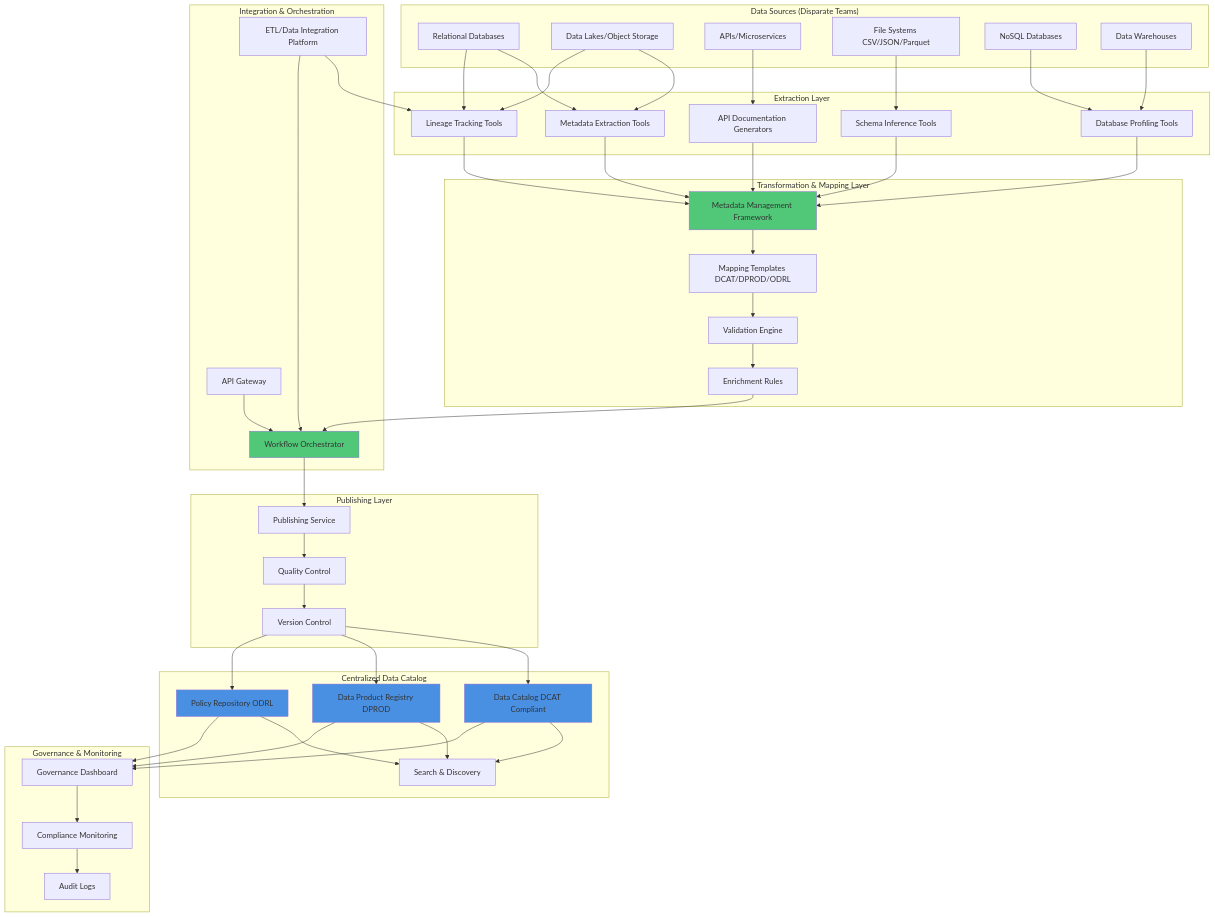
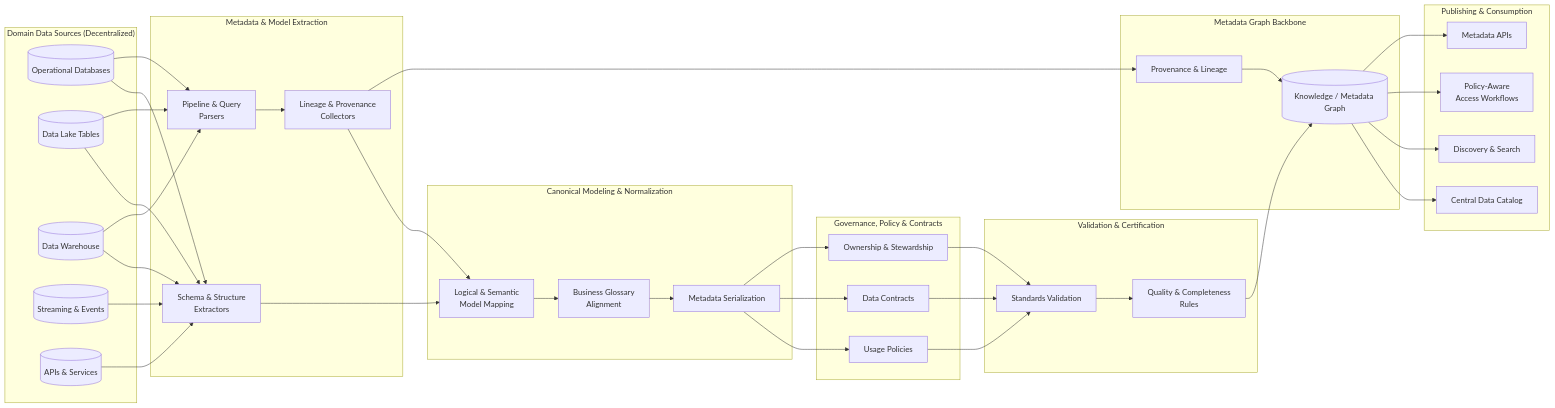
The diagram in data-standards-architecture.mermaid (mouryaa/twitter-sentiment-analysis-pipeline), drawn with Mermaid before and after one commit.

```diff
--- a/data-standards-architecture.mermaid
+++ b/data-standards-architecture.mermaid
@@ -1,97 +1,103 @@
-graph TB
-    subgraph "Data Sources (Disparate Teams)"
-        DS1[Relational Databases]
-        DS2[Data Lakes/Object Storage]
-        DS3[APIs/Microservices]
-        DS4[File Systems CSV/JSON/Parquet]
-        DS5[NoSQL Databases]
-        DS6[Data Warehouses]
-    end
+flowchart LR
 
-    subgraph "Extraction Layer"
-        ME[Metadata Extraction Tools]
-        SI[Schema Inference Tools]
-        AP[API Documentation Generators]
-        DP[Database Profiling Tools]
-        LT[Lineage Tracking Tools]
-    end
+%% =======================
+%% Domain Layer
+%% =======================
+subgraph Domain["Domain Data Sources (Decentralized)"]
+    DB[(Operational Databases)]
+    DL[(Data Lake Tables)]
+    DW[(Data Warehouse)]
+    ST[(Streaming & Events)]
+    API[(APIs & Services)]
+end
 
-    subgraph "Transformation & Mapping Layer"
-        MM[Metadata Management Framework]
-        MT[Mapping Templates DCAT/DPROD/ODRL]
-        VE[Validation Engine]
-        ER[Enrichment Rules]
-    end
+%% =======================
+%% Extraction Layer
+%% =======================
+subgraph Extract["Metadata & Model Extraction"]
+    SCHEMA[Schema & Structure\nExtractors]
+    PIPE[Pipeline & Query\nParsers]
+    LINEAGE[Lineage & Provenance\nCollectors]
+end
 
-    subgraph "Integration & Orchestration"
-        ETL[ETL/Data Integration Platform]
-        WF[Workflow Orchestrator]
-        API_GW[API Gateway]
-    end
+%% =======================
+%% Normalization Layer
+%% =======================
+subgraph Normalize["Canonical Modeling & Normalization"]
+    LOGICAL[Logical & Semantic\nModel Mapping]
+    GLOSSARY[Business Glossary\nAlignment]
+    SERIALIZE[Metadata Serialization\n]
+end
 
-    subgraph "Publishing Layer"
-        PUB[Publishing Service]
-        QC[Quality Control]
-        VER[Version Control]
-    end
+%% =======================
+%% Governance Layer
+%% =======================
+subgraph Govern["Governance, Policy & Contracts"]
+    ODRL[Usage Policies\n]
+    CONTRACTS[Data Contracts\n]
+    OWNERS[Ownership & Stewardship]
+end
 
-    subgraph "Centralized Data Catalog"
-        CAT[Data Catalog DCAT Compliant]
-        DP_REG[Data Product Registry DPROD]
-        POL[Policy Repository ODRL]
-        SEARCH[Search & Discovery]
-    end
+%% =======================
+%% Validation Layer
+%% =======================
+subgraph Validate["Validation & Certification"]
+    SHACL[Standards Validation\n]
+    RULES[Quality & Completeness\nRules]
+end
 
-    subgraph "Governance & Monitoring"
-        GOV[Governance Dashboard]
-        COMP[Compliance Monitoring]
-        AUDIT[Audit Logs]
-    end
+%% =======================
+%% Graph Backbone
+%% =======================
+subgraph Graph["Metadata Graph Backbone"]
+    KG[(Knowledge / Metadata Graph)]
+    PROV[Provenance & Lineage\n]
+end
 
-    DS1 --> ME
-    DS2 --> ME
-    DS3 --> AP
-    DS4 --> SI
-    DS5 --> DP
-    DS6 --> DP
-    
-    DS1 --> LT
-    DS2 --> LT
-    ETL --> LT
+%% =======================
+%% Consumption Layer
+%% =======================
+subgraph Consume["Publishing & Consumption"]
+    CATALOG[Central Data Catalog]
+    SEARCH[Discovery & Search]
+    ACCESS[Policy-Aware\nAccess Workflows]
+    APIS[Metadata APIs]
+end
 
-    ME --> MM
-    SI --> MM
-    AP --> MM
-    DP --> MM
-    LT --> MM
+%% =======================
+%% Flows
+%% =======================
+DB --> SCHEMA
+DL --> SCHEMA
+DW --> SCHEMA
+ST --> SCHEMA
+API --> SCHEMA
 
-    MM --> MT
-    MT --> VE
-    VE --> ER
-    ER --> WF
+DB --> PIPE
+DL --> PIPE
+DW --> PIPE
 
-    WF --> PUB
-    ETL --> WF
-    API_GW --> WF
+SCHEMA --> LOGICAL
+PIPE --> LINEAGE
+LINEAGE --> LOGICAL
 
-    PUB --> QC
-    QC --> VER
-    VER --> CAT
-    VER --> DP_REG
-    VER --> POL
+LOGICAL --> GLOSSARY
+GLOSSARY --> SERIALIZE
 
-    CAT --> SEARCH
-    DP_REG --> SEARCH
-    POL --> SEARCH
+SERIALIZE --> ODRL
+SERIALIZE --> CONTRACTS
+SERIALIZE --> OWNERS
 
-    CAT --> GOV
-    DP_REG --> GOV
-    POL --> GOV
-    GOV --> COMP
-    COMP --> AUDIT
+ODRL --> SHACL
+CONTRACTS --> SHACL
+OWNERS --> SHACL
+SHACL --> RULES
 
-    style CAT fill:#4A90E2
-    style DP_REG fill:#4A90E2
-    style POL fill:#4A90E2
-    style MM fill:#50C878
-    style WF fill:#50C878
+RULES --> KG
+LINEAGE --> PROV
+PROV --> KG
+
+KG --> CATALOG
+KG --> SEARCH
+KG --> ACCESS
+KG --> APIS
```
